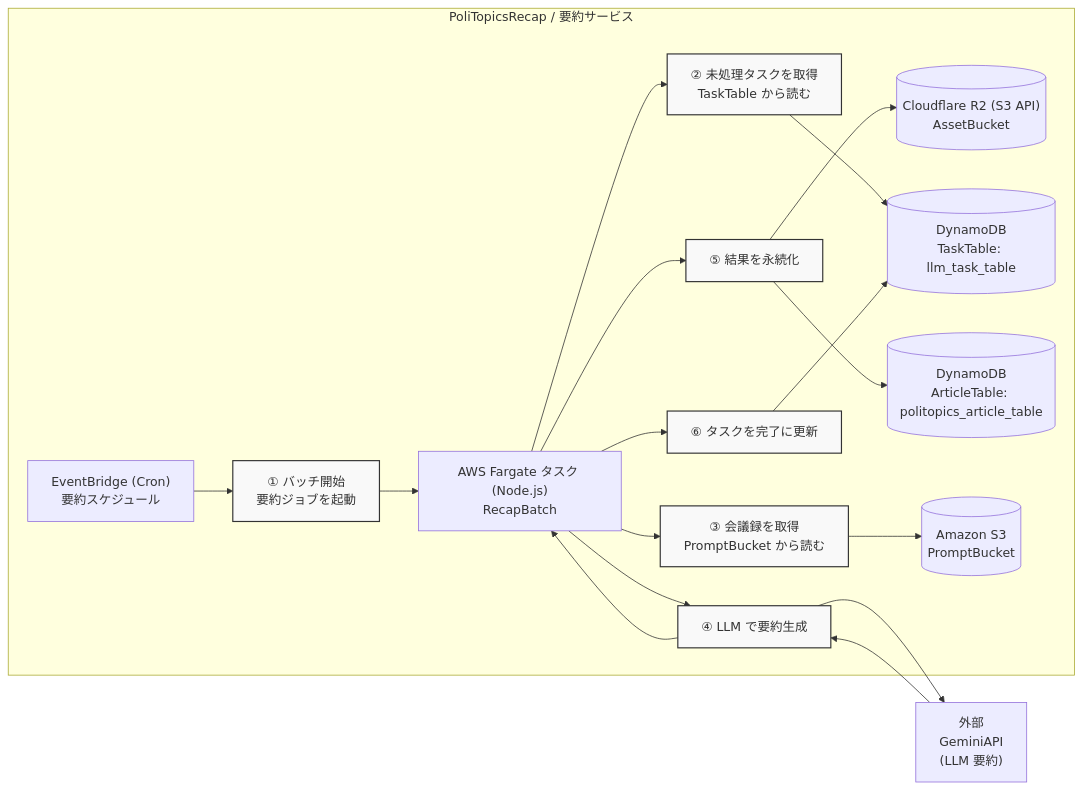
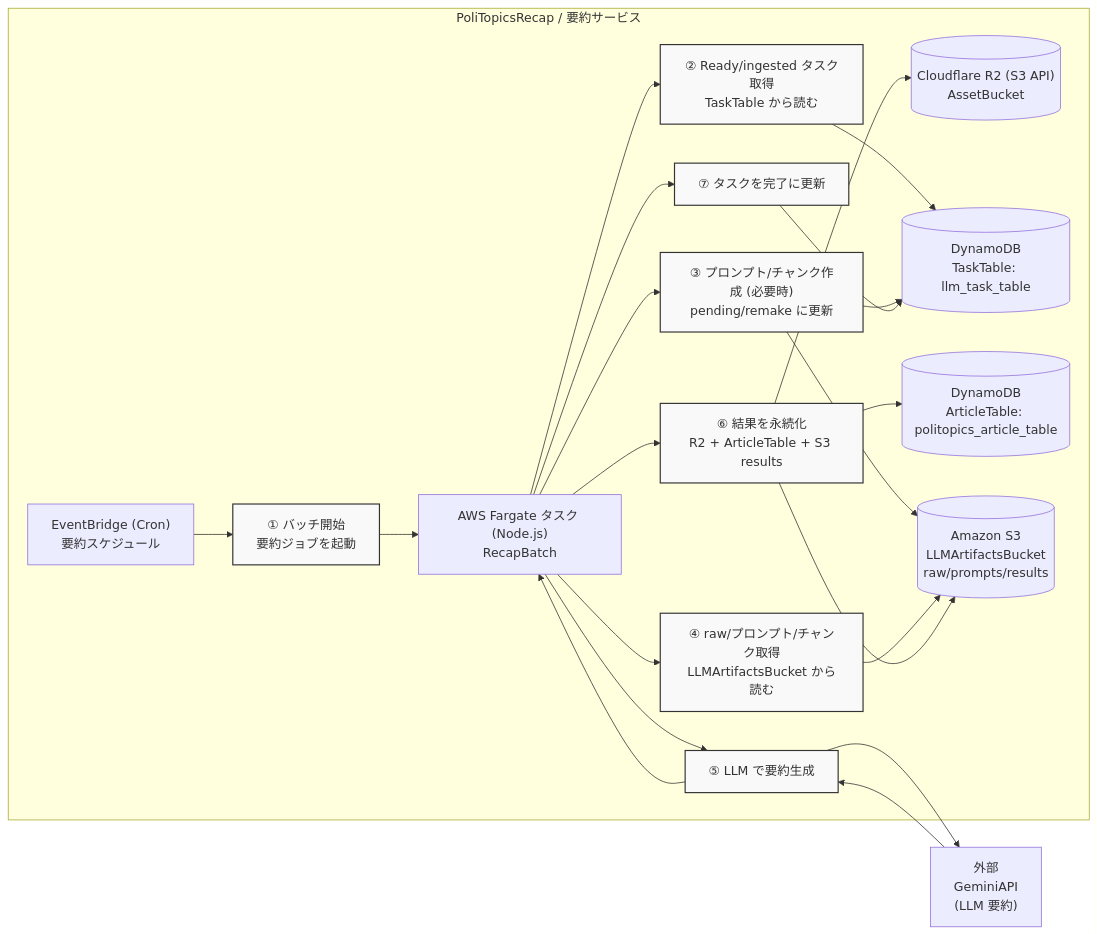
Before and after one commit to Keyhole-Koro/PoliTopicsRecap: the diagram in jp/README.md, drawn with Mermaid. The commit also changed 9 other files, not shown here.

````diff
--- a/jp/README.md
+++ b/jp/README.md
@@ -8,38 +8,41 @@
 ```mermaid
 ---
 config:
   layout: dagre
 ---
 flowchart LR
   subgraph RP["PoliTopicsRecap / 要約サービス"]
         RecapSchedule["EventBridge (Cron)<br>要約スケジュール"]
         RecapBatch["AWS Fargate タスク (Node.js)<br>RecapBatch"]
         S1["① バッチ開始<br>要約ジョブを起動"]
-        S2["② 未処理タスクを取得<br>TaskTable から読む"]
-        S3["③ 会議録を取得<br>PromptBucket から読む"]
-        S4["④ LLM で要約生成"]
-        S5["⑤ 結果を永続化"]
-        S6["⑥ タスクを完了に更新"]
+        S2["② Ready/ingested タスク取得<br>TaskTable から読む"]
+        S3["③ プロンプト/チャンク作成 (必要時)<br>pending/remake に更新"]
+        S4["④ raw/プロンプト/チャンク取得<br>LLMArtifactsBucket から読む"]
+        S5["⑤ LLM で要約生成"]
+        S6["⑥ 結果を永続化<br>R2 + ArticleTable + S3 results"]
+        S7["⑦ タスクを完了に更新"]
         AssetBucket[("Cloudflare R2 (S3 API)<br>AssetBucket")]
         TaskTable[("DynamoDB<br>TaskTable: llm_task_table")]
         ArticleTable[("DynamoDB<br>ArticleTable: politopics_article_table")]
-        PromptBucket[("Amazon S3<br>PromptBucket")]
+        LlmBucket[("Amazon S3<br>LLMArtifactsBucket<br>raw/prompts/results")]
   end
     RecapSchedule --> S1
     S1 --> RecapBatch
-    RecapBatch --> S2 & S3 & S4 & S5 & S6
+    RecapBatch --> S2 & S3 & S4 & S5 & S6 & S7
     S2 --> TaskTable
-    S3 --> PromptBucket
-    S4 --> GeminiAPI["外部<br>GeminiAPI<br>(LLM 要約)"] & RecapBatch
-    GeminiAPI --> S4
-    S5 --> AssetBucket & ArticleTable
-    S6 --> TaskTable
+    S3 --> LlmBucket & TaskTable
+    S4 --> LlmBucket
+    S5 --> GeminiAPI["外部<br>GeminiAPI<br>(LLM 要約)"] & RecapBatch
+    GeminiAPI --> S5
+    S6 --> AssetBucket & ArticleTable & LlmBucket
+    S7 --> TaskTable
 
      S1:::step
      S2:::step
      S3:::step
      S4:::step
      S5:::step
      S6:::step
+     S7:::step
     classDef step fill:#f9f9f9,stroke:#333,stroke-width:1.5px
 ```
````
